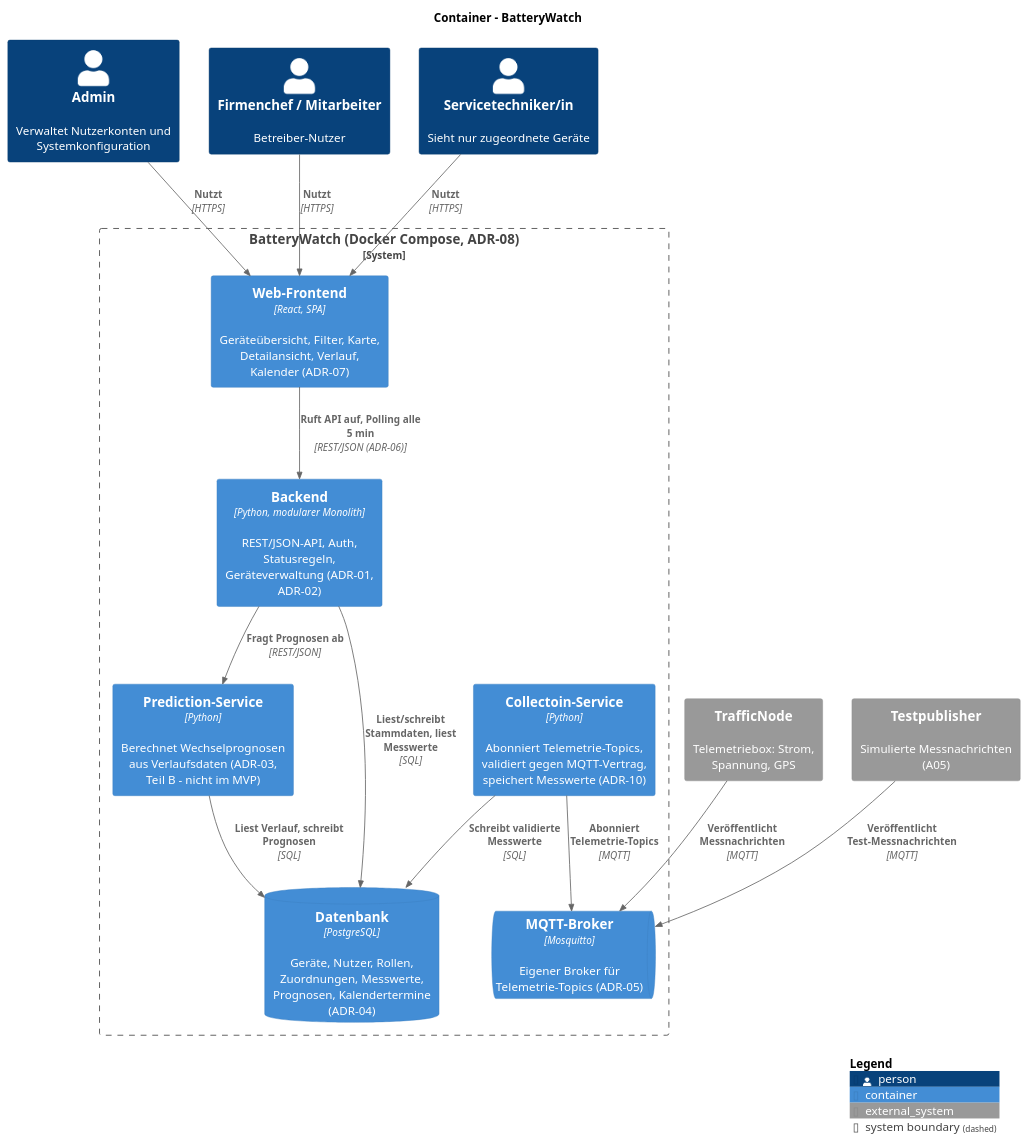
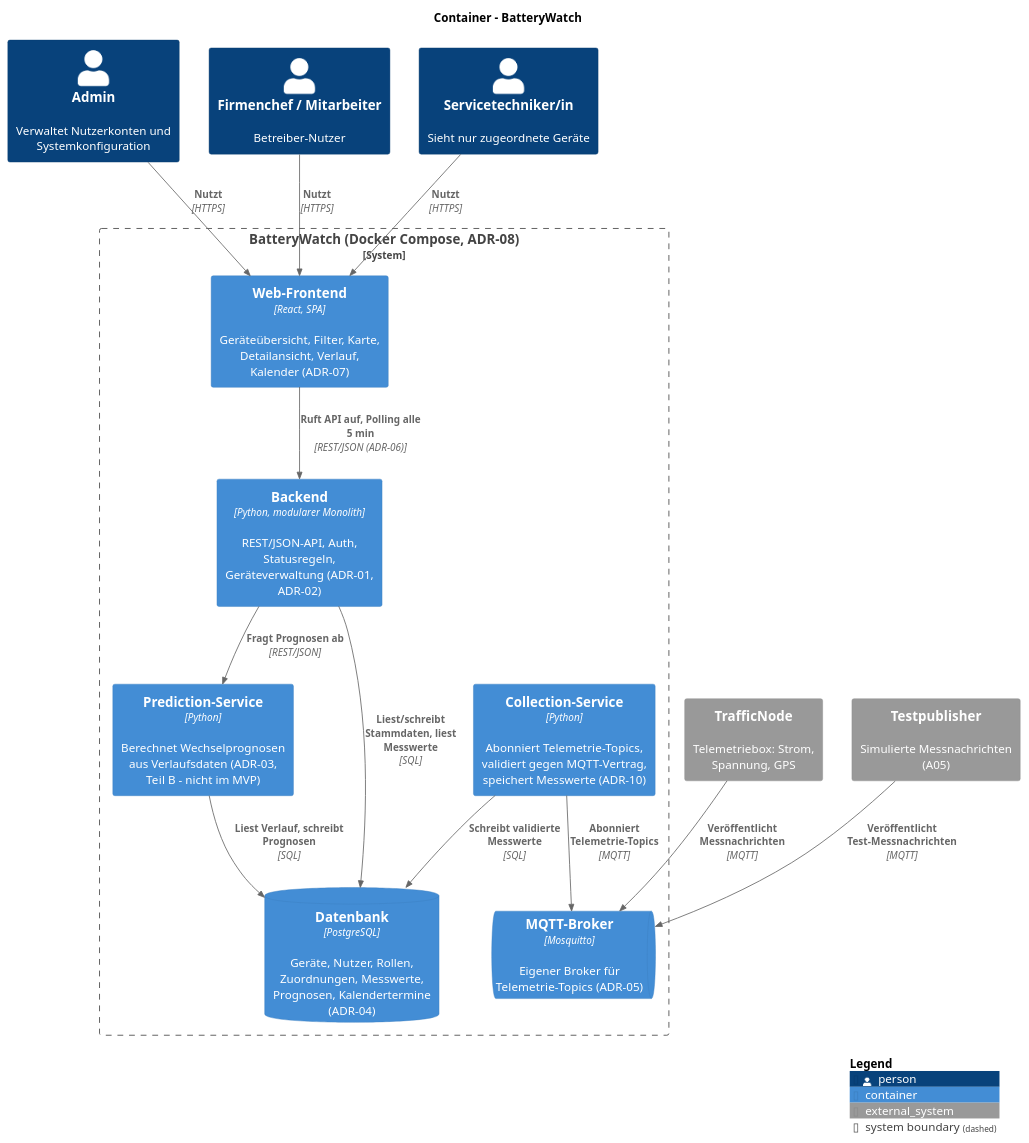
The second of 3 diagrams in docs/architectur/c4-diagram.puml (Totoba246/Software_Engineering_Semesterprojekt), drawn with PlantUML before and after one commit.

Commit message:
Rechtschreibfehler korrigiert

```diff
--- a/docs/architectur/c4-diagram.puml
+++ b/docs/architectur/c4-diagram.puml
@@ -36,37 +36,37 @@
 @startuml C4_Container_BatteryWatch
 !include <C4/C4_Container>
 
 title Container – BatteryWatch
 
 Person(admin, "Admin", "Verwaltet Nutzerkonten und Systemkonfiguration")
 Person(betreiber, "Firmenchef / Mitarbeiter", "Betreiber-Nutzer")
 Person(techniker, "Servicetechniker/in", "Sieht nur zugeordnete Geräte")
 
 System_Ext(trafficnode, "TrafficNode", "Telemetriebox: Strom, Spannung, GPS")
 System_Ext(testpublisher, "Testpublisher", "Simulierte Messnachrichten (A05)")
 
 System_Boundary(bw, "BatteryWatch (Docker Compose, ADR-08)") {
     Container(frontend, "Web-Frontend", "React, SPA", "Geräteübersicht, Filter, Karte, Detailansicht, Verlauf, Kalender (ADR-07)")
     Container(backend, "Backend", "Python, modularer Monolith", "REST/JSON-API, Auth, Statusregeln, Geräteverwaltung (ADR-01, ADR-02)")
-    Container(ingestion, "Collectoin-Service", "Python", "Abonniert Telemetrie-Topics, validiert gegen MQTT-Vertrag, speichert Messwerte (ADR-10)")
+    Container(ingestion, "Collection-Service", "Python", "Abonniert Telemetrie-Topics, validiert gegen MQTT-Vertrag, speichert Messwerte (ADR-10)")
     Container(prediction, "Prediction-Service", "Python", "Berechnet Wechselprognosen aus Verlaufsdaten (ADR-03, Teil B – nicht im MVP)")
     ContainerQueue(broker, "MQTT-Broker", "Mosquitto", "Eigener Broker für Telemetrie-Topics (ADR-05)")
     ContainerDb(db, "Datenbank", "PostgreSQL", "Geräte, Nutzer, Rollen, Zuordnungen, Messwerte, Prognosen, Kalendertermine (ADR-04)")
 }
 
 Rel(admin, frontend, "Nutzt", "HTTPS")
 Rel(betreiber, frontend, "Nutzt", "HTTPS")
 Rel(techniker, frontend, "Nutzt", "HTTPS")
 
 Rel(frontend, backend, "Ruft API auf, Polling alle 5 min", "REST/JSON (ADR-06)")
 Rel(backend, prediction, "Fragt Prognosen ab", "REST/JSON")
 Rel(backend, db, "Liest/schreibt Stammdaten, liest Messwerte", "SQL")
 
 Rel(trafficnode, broker, "Veröffentlicht Messnachrichten", "MQTT")
 Rel(testpublisher, broker, "Veröffentlicht Test-Messnachrichten", "MQTT")
 Rel(ingestion, broker, "Abonniert Telemetrie-Topics", "MQTT")
 Rel(ingestion, db, "Schreibt validierte Messwerte", "SQL")
 Rel(prediction, db, "Liest Verlauf, schreibt Prognosen", "SQL")
 
 SHOW_LEGEND()
 @enduml
```
